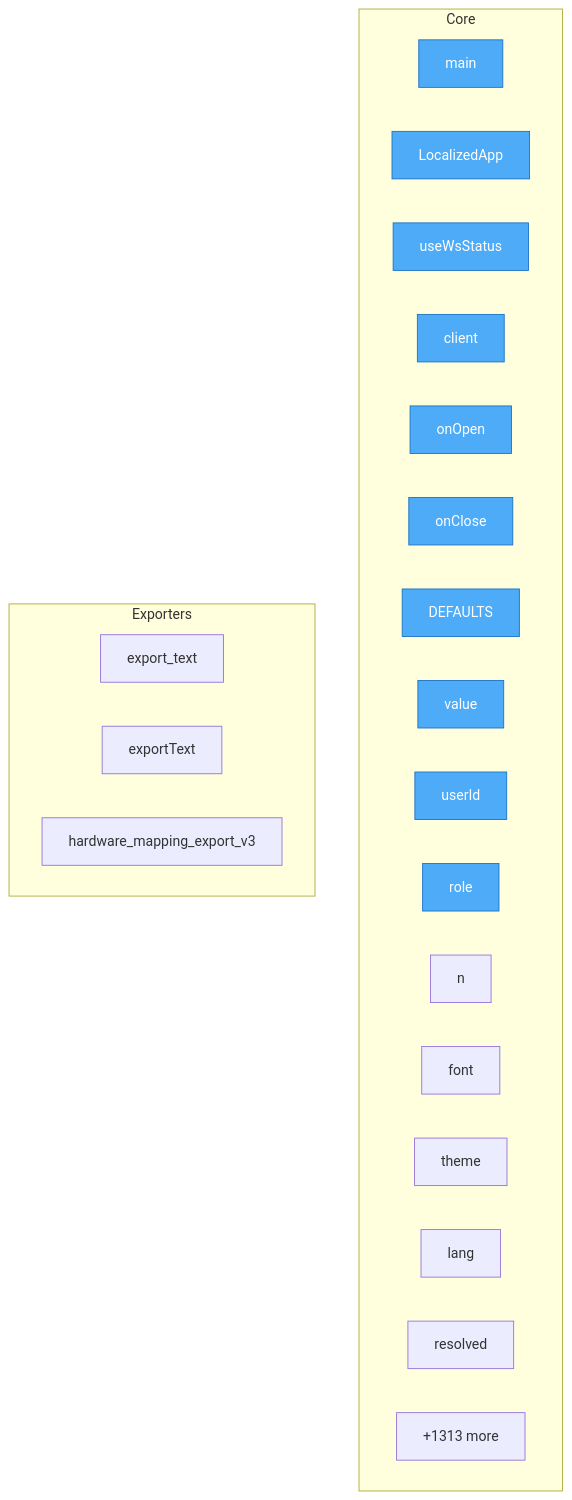
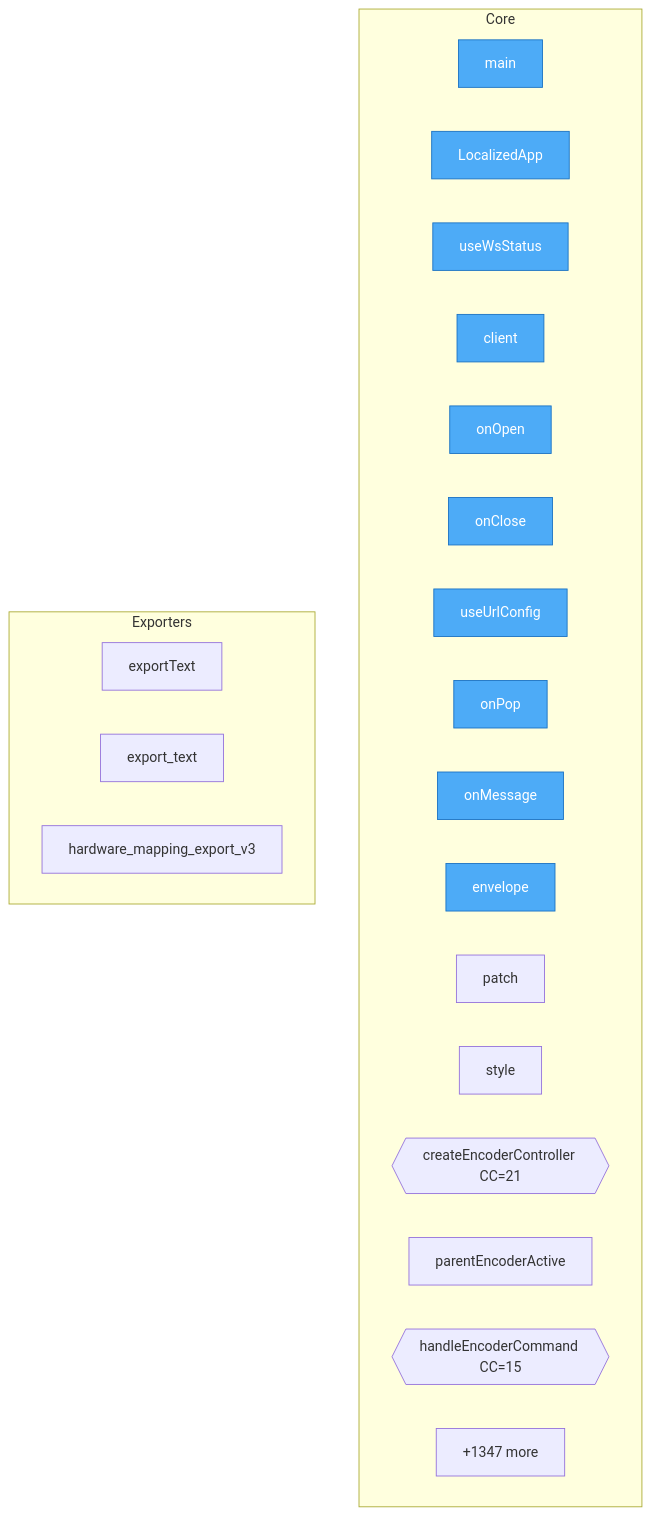
Before and after one commit to oqlos/oqlos: the diagram in project/flow.mmd, drawn with Mermaid. The commit also changed 62 other files, not shown here.

```diff
--- a/project/flow.mmd
+++ b/project/flow.mmd
@@ -1,32 +1,32 @@
 flowchart TD
-%% generated in 0.04s
+%% generated in 0.03s
 
     %% Entry points (blue)
     classDef entry fill:#4dabf7,stroke:#1971c2,color:#fff
 
     subgraph Core
         setup_hardware_and_run_oql__main["main"]
         frontend__src__main__LocalizedApp["LocalizedApp"]
         frontend__src__hooks__useWsStatus__useWsStatus["useWsStatus"]
         frontend__src__hooks__useWsStatus__client["client"]
         frontend__src__hooks__useWsStatus__onOpen["onOpen"]
         frontend__src__hooks__useWsStatus__onClose["onClose"]
-        frontend__src__hooks__useUrlConfig__DEFAULTS["DEFAULTS"]
-        frontend__src__hooks__useUrlConfig__value["value"]
-        frontend__src__hooks__useUrlConfig__userId["userId"]
-        frontend__src__hooks__useUrlConfig__role["role"]
-        frontend__src__hooks__useUrlConfig__n["n"]
-        frontend__src__hooks__useUrlConfig__font["font"]
-        frontend__src__hooks__useUrlConfig__theme["theme"]
-        frontend__src__hooks__useUrlConfig__lang["lang"]
-        frontend__src__hooks__useUrlConfig__resolved["resolved"]
-        ...["+1313 more"]
+        frontend__src__hooks__useUrlConfig__useUrlConfig["useUrlConfig"]
+        frontend__src__hooks__useUrlConfig__onPop["onPop"]
+        frontend__src__hooks__useUrlConfig__onMessage["onMessage"]
+        frontend__src__hooks__useUrlConfig__envelope["envelope"]
+        frontend__src__hooks__useUrlConfig__patch["patch"]
+        frontend__src__hooks__useParentEncoderNavigation__style["style"]
+        frontend__src__hooks__useParentEncoderNavigation__createEncoderController{{createEncoderController CC=21}}
+        frontend__src__hooks__useParentEncoderNavigation__parentEncoderActive["parentEncoderActive"]
+        frontend__src__hooks__useParentEncoderNavigation__handleEncoderCommand{{handleEncoderCommand CC=15}}
+        ...["+1347 more"]
     end
 
     subgraph Exporters
+        frontend__src__pages__HardwareRestart__exportText["exportText"]
         oqlos__api__hardware_mapping_store__MappingStore__export_text["export_text"]
-        frontend__src__pages__HardwareRestart__exportText["exportText"]
         oqlos__api___hw3_mapping__hardware_mapping_export_v3["hardware_mapping_export_v3"]
     end
 
-    class setup_hardware_and_run_oql__main,frontend__src__main__LocalizedApp,frontend__src__hooks__useWsStatus__useWsStatus,frontend__src__hooks__useWsStatus__client,frontend__src__hooks__useWsStatus__onOpen,frontend__src__hooks__useWsStatus__onClose,frontend__src__hooks__useUrlConfig__DEFAULTS,frontend__src__hooks__useUrlConfig__value,frontend__src__hooks__useUrlConfig__userId,frontend__src__hooks__useUrlConfig__role entry
+    class setup_hardware_and_run_oql__main,frontend__src__main__LocalizedApp,frontend__src__hooks__useWsStatus__useWsStatus,frontend__src__hooks__useWsStatus__client,frontend__src__hooks__useWsStatus__onOpen,frontend__src__hooks__useWsStatus__onClose,frontend__src__hooks__useUrlConfig__useUrlConfig,frontend__src__hooks__useUrlConfig__onPop,frontend__src__hooks__useUrlConfig__onMessage,frontend__src__hooks__useUrlConfig__envelope entry
```
